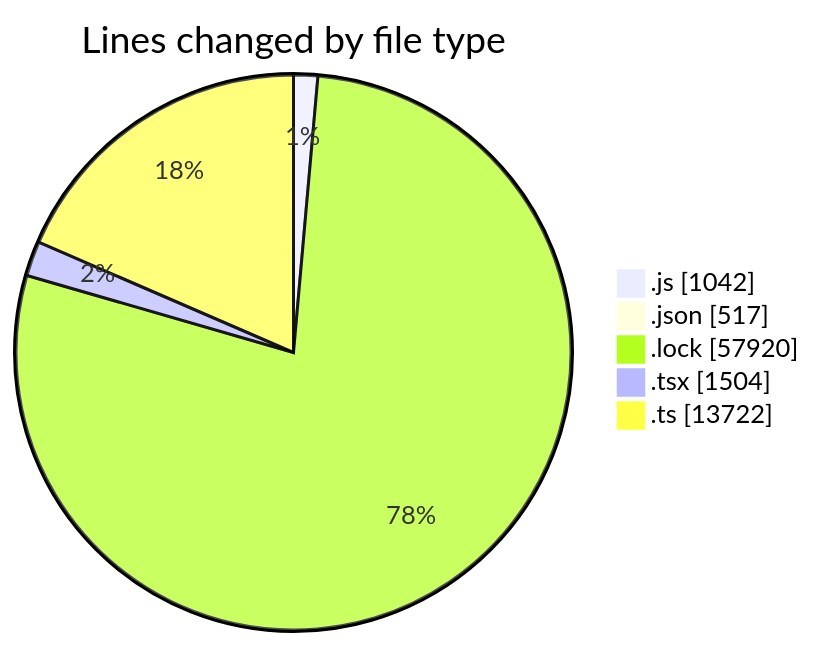
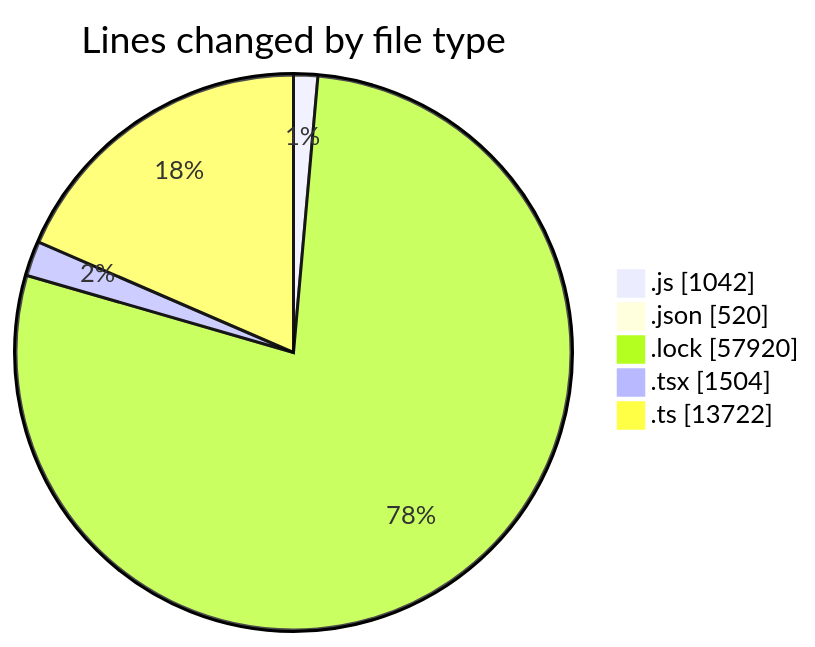
One commit to momahboobian/code-tracking changed the first of 2 diagrams in 2025-12-18/cda/README.md. Above: the diagram before and after it, drawn with Mermaid. The commit also changed other lines of this file and 1 other file, not shown here.

````diff
--- a/2025-12-18/cda/README.md
+++ b/2025-12-18/cda/README.md
@@ -48,9 +48,9 @@
 ```mermaid
 pie showData
 title Lines changed by file type
 ".js" : 1042
-".json" : 517
+".json" : 520
 ".lock" : 57920
 ".tsx" : 1504
 ".ts" : 13722
 ```
````
